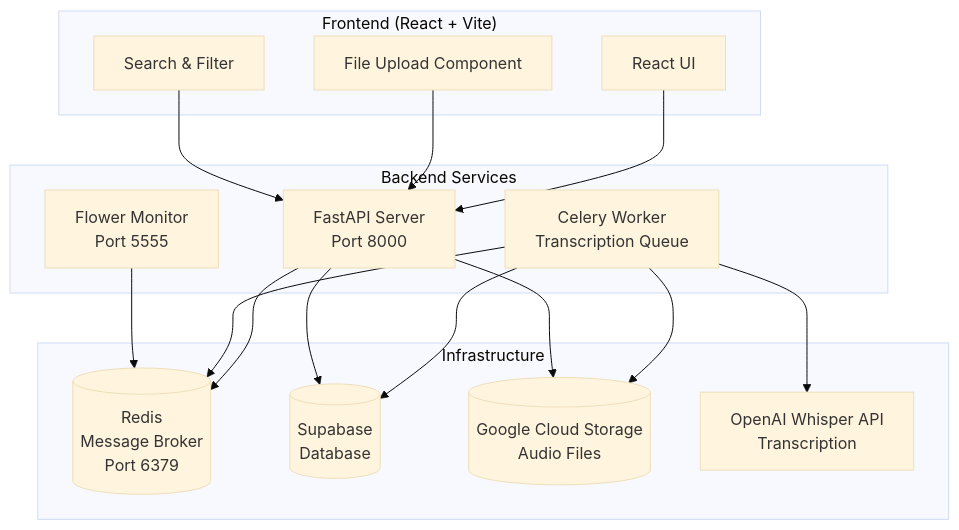
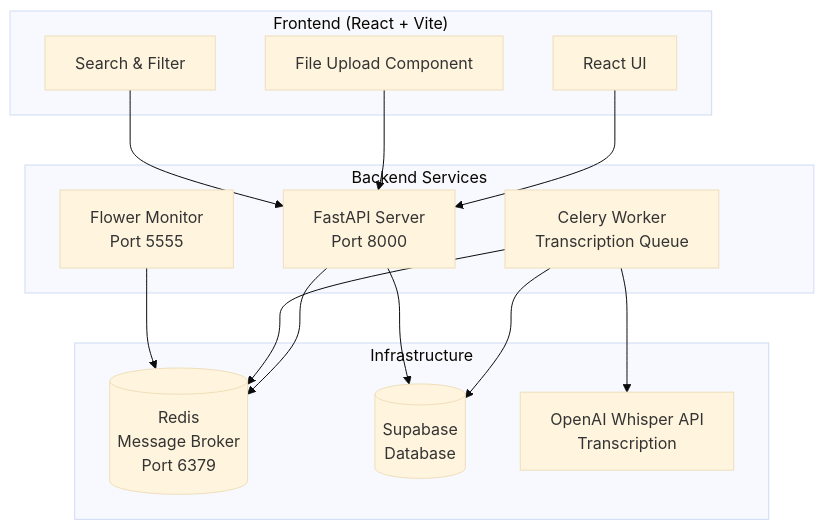
One commit to danielpgp1012/testimony-vault-scribe changed the diagram in README.md. Above: the diagram before and after it, drawn with Mermaid (base theme). The commit also changed other lines of this file and 14 other files, not shown here.

````diff
--- a/README.md
+++ b/README.md
@@ -7,33 +7,30 @@
 ```mermaid
 graph TB
     subgraph "Frontend (React + Vite)"
         UI[React UI]
         Upload[File Upload Component]
         Search[Search & Filter]
     end
     
     subgraph "Backend Services"
         API[FastAPI Server<br/>Port 8000]
         Worker[Celery Worker<br/>Transcription Queue]
         Monitor[Flower Monitor<br/>Port 5555]
     end
     
     subgraph "Infrastructure"
         Redis[(Redis<br/>Message Broker<br/>Port 6379)]
         Supabase[(Supabase<br/>Database)]
-        GCS[(Google Cloud Storage<br/>Audio Files)]
         OpenAI[OpenAI Whisper API<br/>Transcription]
     end
     
     UI --> API
     Upload --> API
     Search --> API
     API --> Redis
     Worker --> Redis
     Worker --> Supabase
-    Worker --> GCS
     Worker --> OpenAI
     API --> Supabase
-    API --> GCS
     Monitor --> Redis
 ```
````
